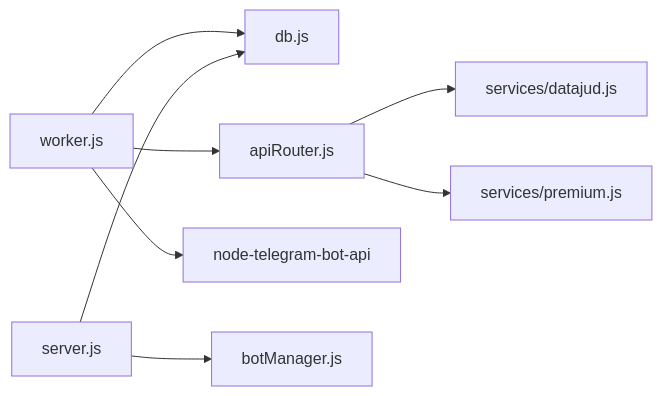
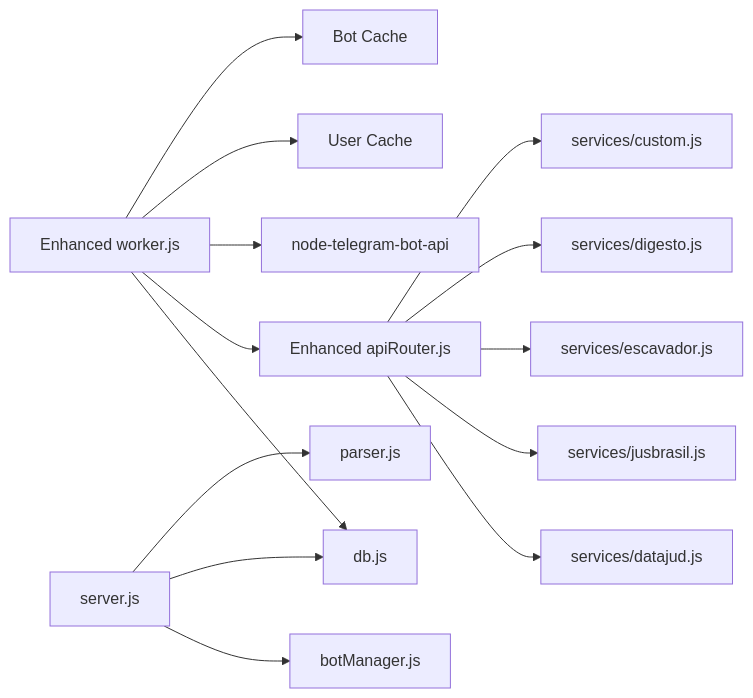
The seventh of 7 diagrams in .qoder/repowiki/en/content/Background Worker System.md (Alexandrexicara/bot-processos), drawn with Mermaid before and after one commit. The commit also changed other lines of this file and 10 other files, not shown here.

````diff
--- a/.qoder/repowiki/en/content/Background Worker System.md
+++ b/.qoder/repowiki/en/content/Background Worker System.md
@@ -262,10 +376,16 @@
 ```mermaid
 graph LR
-W["worker.js"] --> DB["db.js"]
-W --> AR["apiRouter.js"]
+W["Enhanced worker.js"] --> DB["db.js"]
+W --> AR["Enhanced apiRouter.js"]
 AR --> DJ["services/datajud.js"]
-AR --> PR["services/premium.js"]
+AR --> JP["services/jusbrasil.js"]
+AR --> EP["services/escavador.js"]
+AR --> DP["services/digesto.js"]
+AR --> CP["services/custom.js"]
 W --> TG["node-telegram-bot-api"]
+W --> UC["User Cache"]
+W --> BC["Bot Cache"]
 S["server.js"] --> BM["botManager.js"]
 S --> DB
+S --> PARSER["parser.js"]
 ```
````
